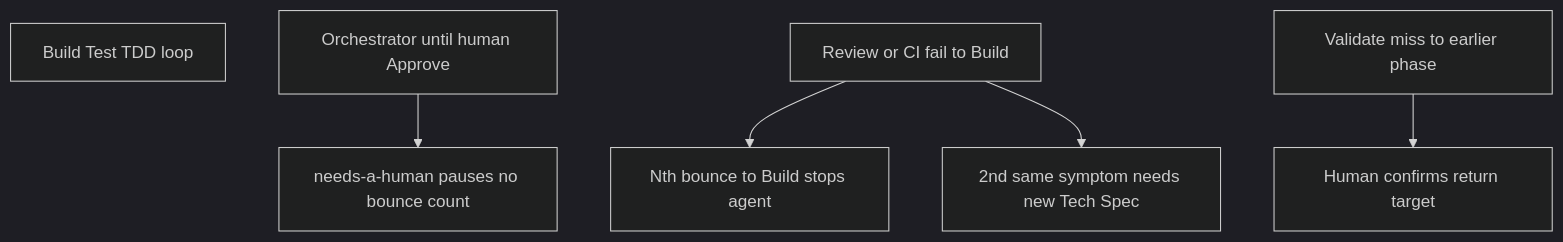
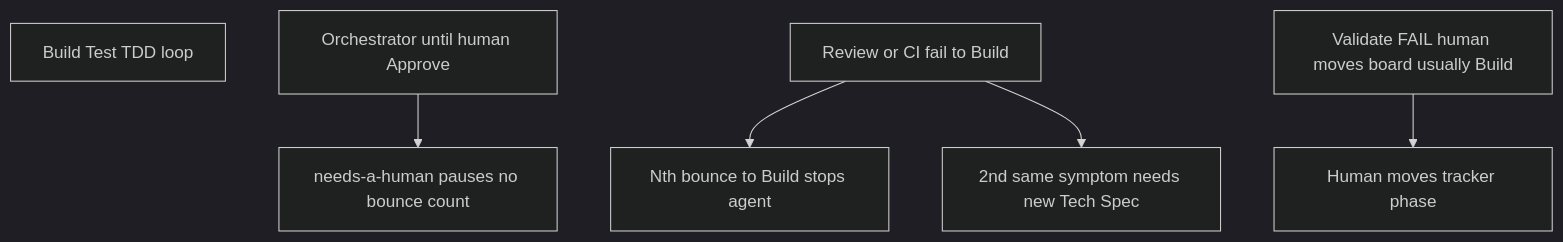
Before and after one commit to queen-of-code/AI-DLC: the fourth of 5 diagrams in README.md, drawn with Mermaid (dark theme). The commit also changed other lines of this file and 1 other file, not shown here.

First line of the commit message:
docs: separate V-model correspondence from tracker phase flow

````diff
--- a/README.md
+++ b/README.md
@@ -76,14 +82,14 @@
 ```mermaid
 flowchart TB
   TDD[Build Test TDD loop]
   ORCH[Orchestrator until human Approve]
   BOUNCE[Review or CI fail to Build]
-  VAL[Validate miss to earlier phase]
+  VAL[Validate FAIL human moves board usually Build]
   CB1[Nth bounce to Build stops agent]
   CB2[needs-a-human pauses no bounce count]
   CB3[2nd same symptom needs new Tech Spec]
   BOUNCE --> CB1
   BOUNCE --> CB3
   ORCH --> CB2
-  VAL --> Human[Human confirms return target]
+  VAL --> Human[Human moves tracker phase]
 ```
````
